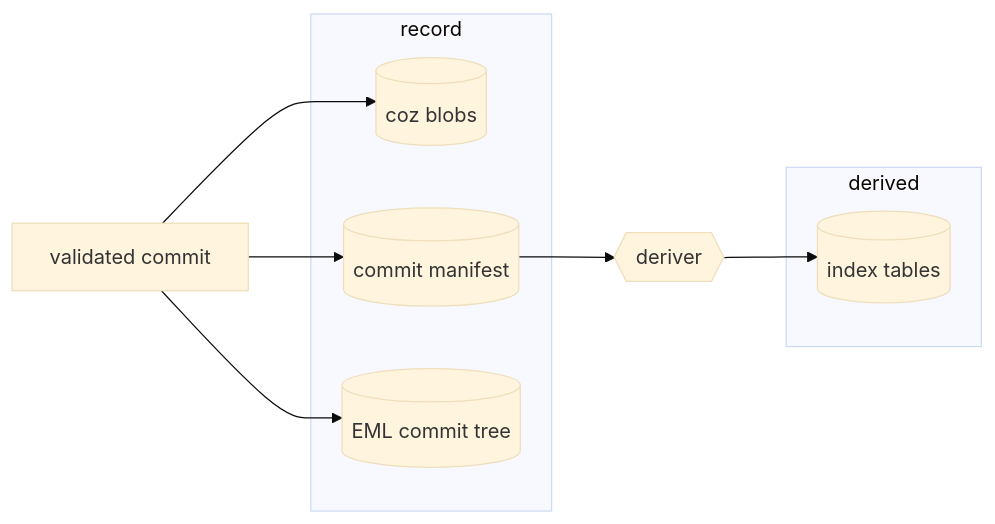
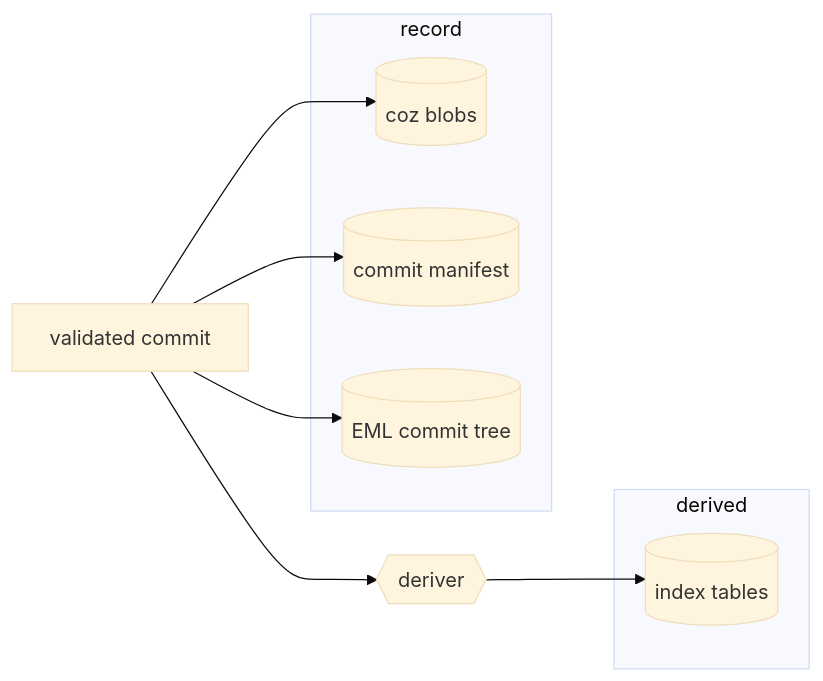
One commit to Cyphrme/Cyphr changed the first of 3 diagrams in docs/proposals/storage-layering.md. Above: the diagram before and after it, drawn with Mermaid (base theme). The commit also changed other lines of this file, not shown here.

````diff
--- a/docs/proposals/storage-layering.md
+++ b/docs/proposals/storage-layering.md
@@ -328,17 +328,17 @@
 ```mermaid
 flowchart LR
     C[validated commit]
     subgraph R [record]
         B[(coz blobs)]
         M[(commit manifest)]
         T[(EML commit tree)]
     end
     subgraph X [derived]
         I[(index tables)]
     end
     C --> B
     C --> T
     C --> M
-    M --> D{{deriver}}
+    C --> D{{deriver}}
     D --> I
 ```
````
